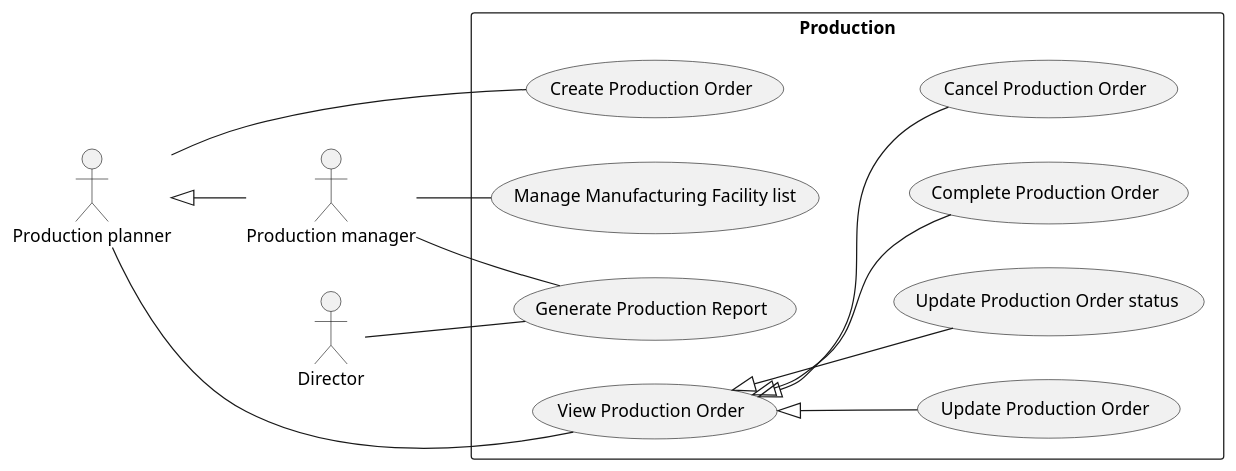
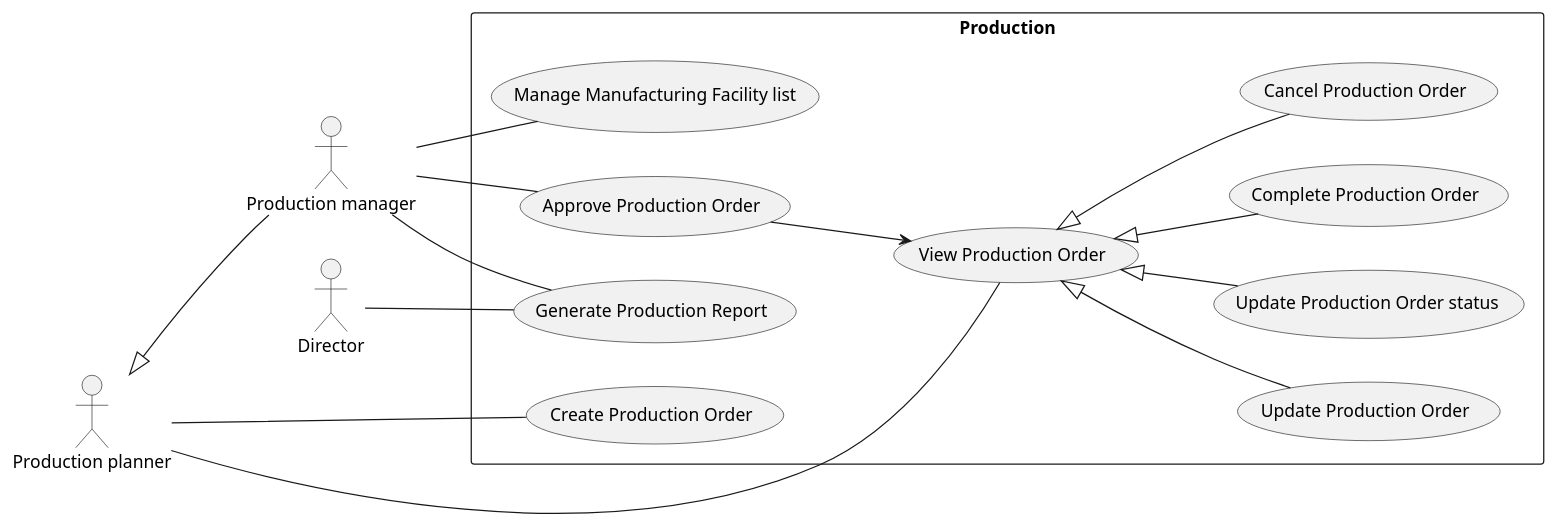
One commit to phihungha/scmss-reqs changed the diagram in use-cases/Production.plantuml. Above: the diagram before and after it, drawn with PlantUML. The commit also changed 2 other files, not shown here.

Commit message:
Add approval use case for production

```diff
--- a/use-cases/Production.plantuml
+++ b/use-cases/Production.plantuml
@@ -1,22 +1,25 @@
-@startuml sample
+@startuml Production
 left to right direction
 
 :Production planner: as pp
 :Production manager: as pm
 pp <|-- pm
 
 :Director: as d
 
 rectangle Production {
   pp -- (View Production Order)
   pp -- (Create Production Order)
   (View Production Order) <|-- (Update Production Order)
   (View Production Order) <|-- (Update Production Order status)
   (View Production Order) <|-- (Complete Production Order)
   (View Production Order) <|-- (Cancel Production Order)
 
+  pm -- (Approve Production Order)
+  (Approve Production Order) --> (View Production Order)
+
   pm -- (Manage Manufacturing Facility list)
   pm -- (Generate Production Report)
   d -- (Generate Production Report)
 }
 @enduml
```
